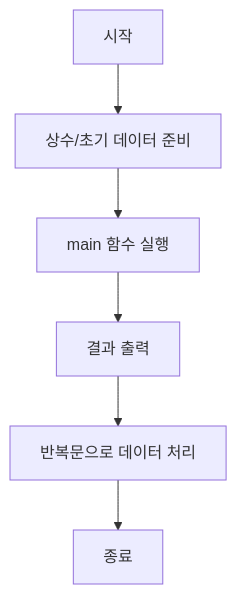
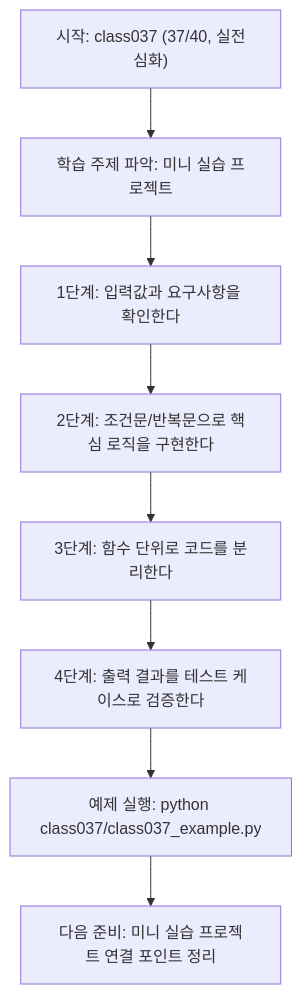
The diagram in class037/class037.md (edumgt/Python-AI_Agent-Class), drawn with Mermaid before and after one commit. The commit also changed other lines of this file and 1012 other files, not shown here.

````diff
--- a/class037/class037.md
+++ b/class037/class037.md
@@ -63,9 +81,18 @@
 ```mermaid
-graph TD
-    N1[시작]
-    N1 --> N2[상수/초기 데이터 준비]
-    N2 --> N3[main 함수 실행]
-    N3 --> N4[결과 출력]
-    N4 --> N5[반복문으로 데이터 처리]
-    N5 --> N6[종료]
+flowchart TD
+N1["시작: class037 (37/40, 실전심화)"]
+N2["학습 주제 파악: 미니 실습 프로젝트"]
+N3["1단계: 입력값과 요구사항을 확인한다"]
+N4["2단계: 조건문/반복문으로 핵심 로직을 구현한다"]
+N5["3단계: 함수 단위로 코드를 분리한다"]
+N6["4단계: 출력 결과를 테스트 케이스로 검증한다"]
+N7["예제 실행: python class037/class037_example.py"]
+N8["다음 준비: 미니 실습 프로젝트 연결 포인트 정리"]
+N1 --> N2
+N2 --> N3
+N3 --> N4
+N4 --> N5
+N5 --> N6
+N6 --> N7
+N7 --> N8
 ```
````
